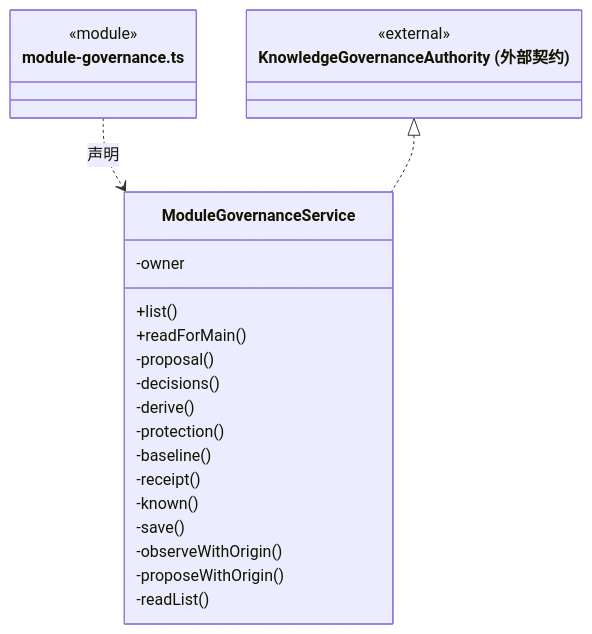
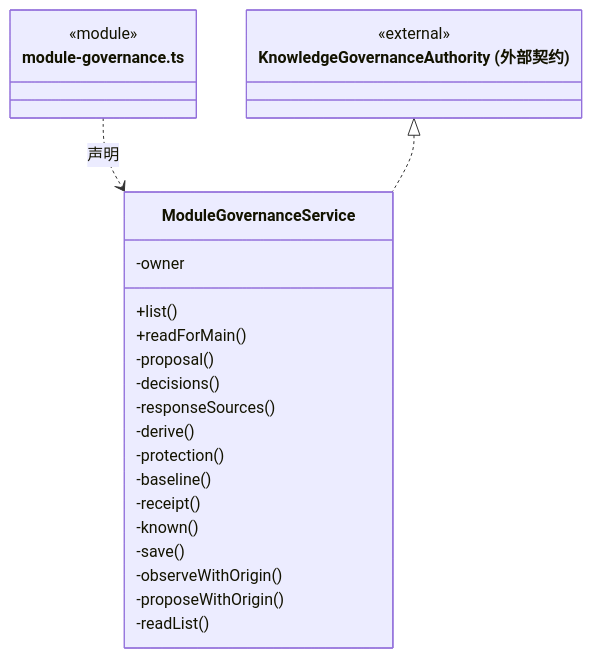
The third of 3 diagrams in src/backend/main/governance/ARCHITECTURE.md (nan023062/cbim), drawn with Mermaid before and after one commit. The commit also changed other lines of this file and 42 other files, not shown here.

````diff
--- a/src/backend/main/governance/ARCHITECTURE.md
+++ b/src/backend/main/governance/ARCHITECTURE.md
@@ -85,27 +85,28 @@
 ```mermaid
 classDiagram
 class N_src_backend_main_governance_module_governance_ts["module-governance.ts"] {
   <<module>>
 }
 class N_src_backend_main_governance_module_governance_ts_ModuleGovernanceService["ModuleGovernanceService"] {
   +list()
   +readForMain()
   -owner
   -proposal()
   -decisions()
+  -responseSources()
   -derive()
   -protection()
   -baseline()
   -receipt()
   -known()
   -save()
   -observeWithOrigin()
   -proposeWithOrigin()
   -readList()
 }
 N_src_backend_main_governance_module_governance_ts ..> N_src_backend_main_governance_module_governance_ts_ModuleGovernanceService : 声明
 class N_src_backend_main_governance_module_governance_ts_external_KnowledgeGovernanceAuthority["KnowledgeGovernanceAuthority (外部契约)"] {
   <<external>>
 }
 N_src_backend_main_governance_module_governance_ts_external_KnowledgeGovernanceAuthority <|.. N_src_backend_main_governance_module_governance_ts_ModuleGovernanceService
 ```
````
